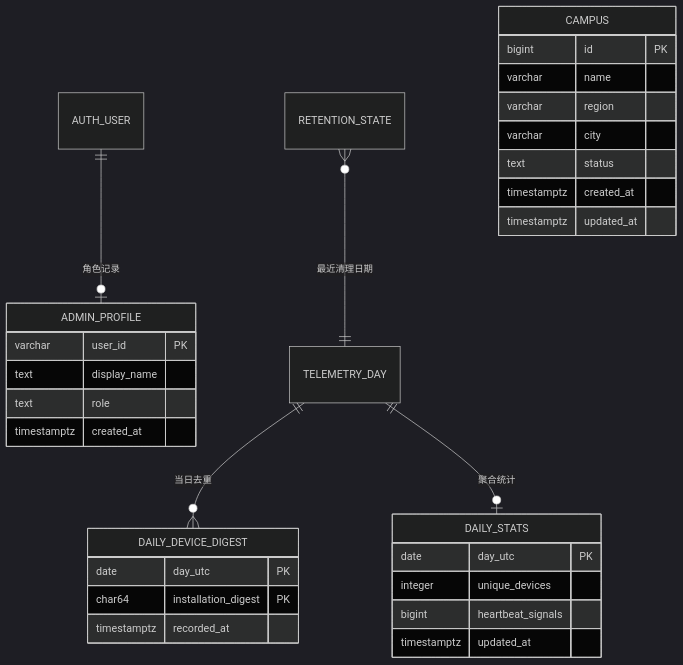
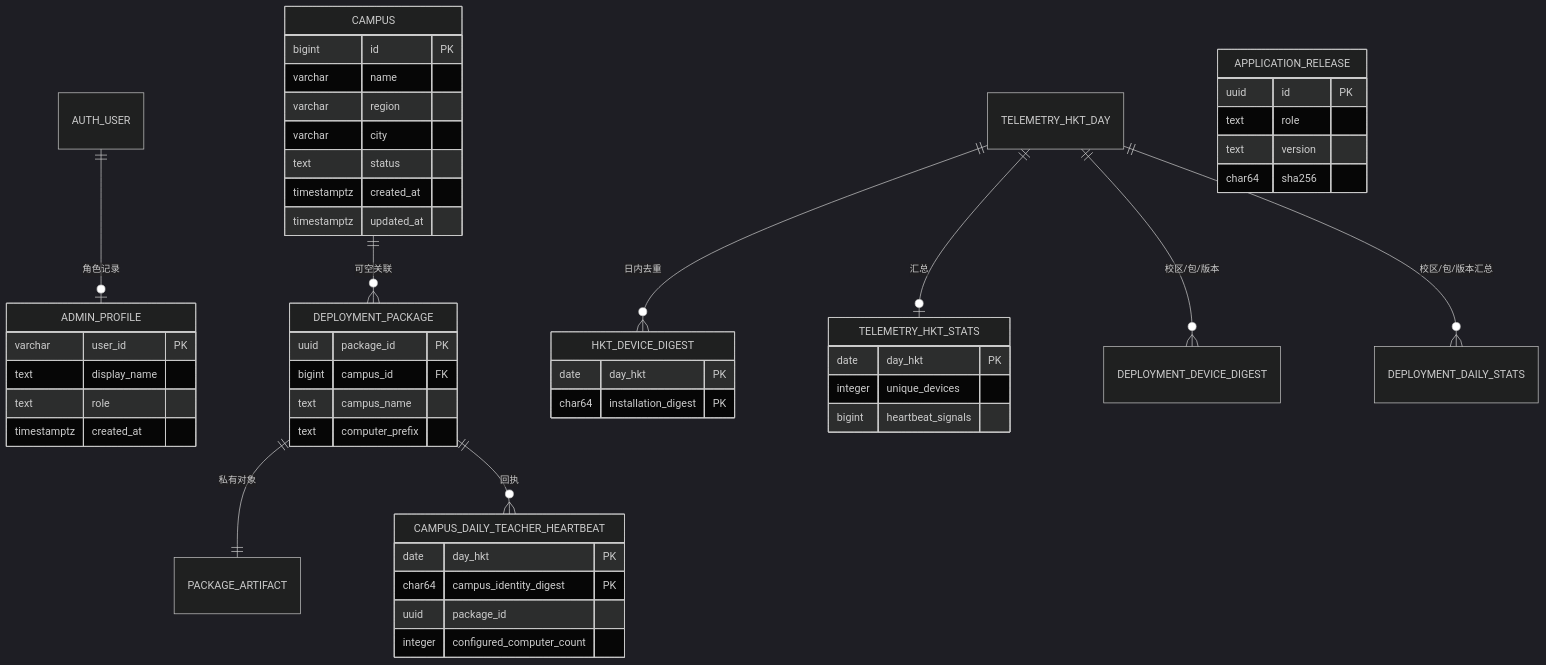
The diagram in website/docs/PostgreSQL数据库设计.md (Ljc798/veyon-campus-deployment), drawn with Mermaid (dark theme) before and after one commit. The commit also changed other lines of this file and 18 other files, not shown here.

Commit message:
fix: address deployment release and heartbeat issues

````diff
--- a/website/docs/PostgreSQL数据库设计.md
+++ b/website/docs/PostgreSQL数据库设计.md
@@ -22,33 +22,53 @@
 ```mermaid
 erDiagram
     AUTH_USER ||--o| ADMIN_PROFILE : "角色记录"
-    TELEMETRY_DAY ||--o{ DAILY_DEVICE_DIGEST : "当日去重"
-    TELEMETRY_DAY ||--o| DAILY_STATS : "聚合统计"
-    RETENTION_STATE }o--|| TELEMETRY_DAY : "最近清理日期"
     CAMPUS {
         bigint id PK
         varchar name
         varchar region
         varchar city
         text status
         timestamptz created_at
         timestamptz updated_at
     }
     ADMIN_PROFILE {
         varchar user_id PK
         text display_name
         text role
         timestamptz created_at
     }
-    DAILY_DEVICE_DIGEST {
-        date day_utc PK
+    CAMPUS ||--o{ DEPLOYMENT_PACKAGE : "可空关联"
+    DEPLOYMENT_PACKAGE ||--|| PACKAGE_ARTIFACT : "私有对象"
+    DEPLOYMENT_PACKAGE ||--o{ CAMPUS_DAILY_TEACHER_HEARTBEAT : "回执"
+    TELEMETRY_HKT_DAY ||--o{ HKT_DEVICE_DIGEST : "日内去重"
+    TELEMETRY_HKT_DAY ||--o| TELEMETRY_HKT_STATS : "汇总"
+    TELEMETRY_HKT_DAY ||--o{ DEPLOYMENT_DEVICE_DIGEST : "校区/包/版本"
+    TELEMETRY_HKT_DAY ||--o{ DEPLOYMENT_DAILY_STATS : "校区/包/版本汇总"
+    APPLICATION_RELEASE {
+        uuid id PK
+        text role
+        text version
+        char64 sha256
+    }
+    DEPLOYMENT_PACKAGE {
+        uuid package_id PK
+        bigint campus_id FK
+        text campus_name
+        text computer_prefix
+    }
+    CAMPUS_DAILY_TEACHER_HEARTBEAT {
+        date day_hkt PK
+        char64 campus_identity_digest PK
+        uuid package_id
+        integer configured_computer_count
+    }
+    HKT_DEVICE_DIGEST {
+        date day_hkt PK
         char64 installation_digest PK
-        timestamptz recorded_at
     }
-    DAILY_STATS {
-        date day_utc PK
+    TELEMETRY_HKT_STATS {
+        date day_hkt PK
         integer unique_devices
         bigint heartbeat_signals
-        timestamptz updated_at
     }
 ```
````
